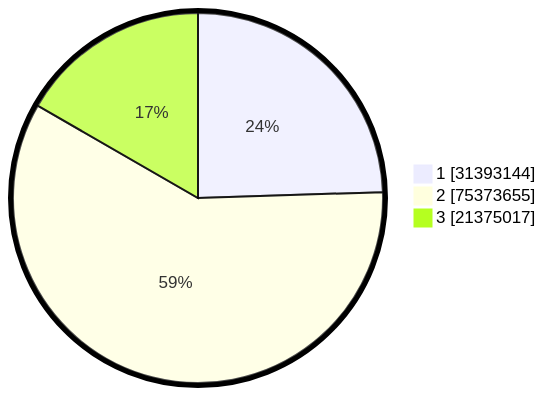
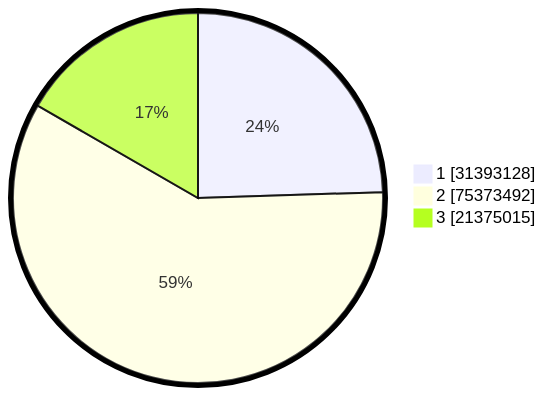
One commit to gigit-pemilu/pemilu-2024 changed the second of 2 diagrams in pilpres/hitung-suara/README.md. Above: the diagram before and after it, drawn with Mermaid. The commit also changed other lines of this file and 4 other files, not shown here.

````diff
--- a/pilpres/hitung-suara/README.md
+++ b/pilpres/hitung-suara/README.md
@@ -93,7 +93,7 @@
 ```mermaid
 %%{init: {"pie": {"textPosition": 0.5}, "themeVariables": {"pieOuterStrokeWidth": "5px"}} }%%
 pie showData
-    "1" : 31393144
-    "2" : 75373655
-    "3" : 21375017
+    "1" : 31393128
+    "2" : 75373492
+    "3" : 21375015
 ```
````
